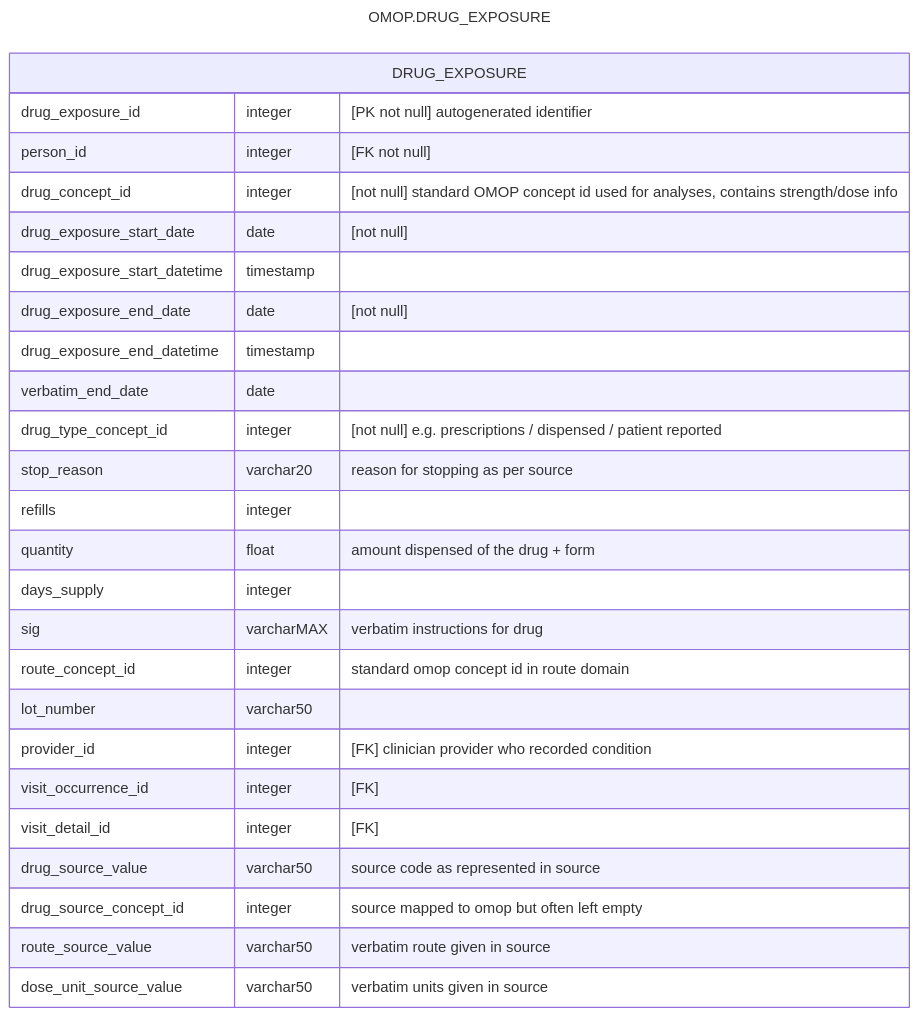
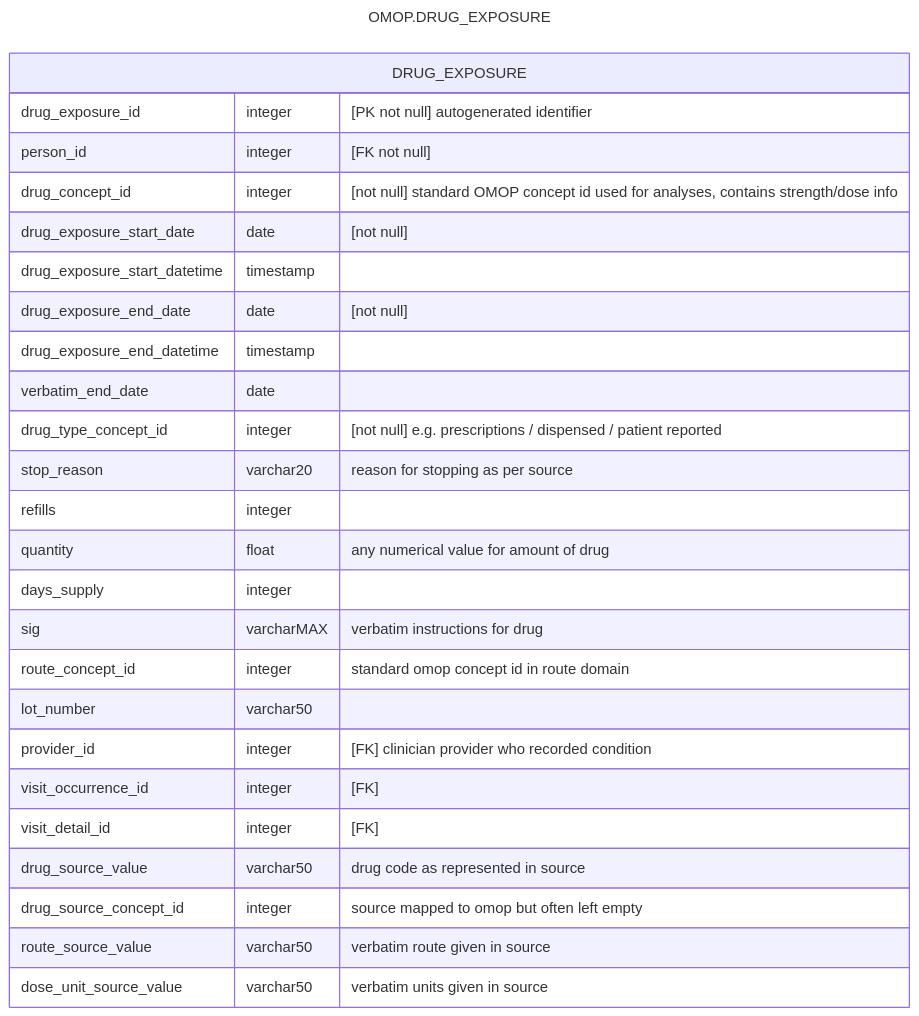
Before and after one commit to d3london/sde_aic_external_docs: the first of 2 diagrams in pages/data_model/cdm_drug_exposure.qmd, drawn with Mermaid. The commit also changed other lines of this file and 9 other files, not shown here.

````diff
--- a/pages/data_model/cdm_drug_exposure.qmd
+++ b/pages/data_model/cdm_drug_exposure.qmd
@@ -6,31 +6,31 @@
 ```{mermaid}
 ---
 title: OMOP.DRUG_EXPOSURE
 ---
 erDiagram
     DRUG_EXPOSURE {
         drug_exposure_id integer "[PK not null] autogenerated identifier"
         person_id integer "[FK not null]"
         drug_concept_id integer "[not null] standard OMOP concept id used for analyses, contains strength/dose info"
         drug_exposure_start_date date "[not null]"
         drug_exposure_start_datetime timestamp
         drug_exposure_end_date date "[not null]"
         drug_exposure_end_datetime timestamp
         verbatim_end_date date
         drug_type_concept_id integer "[not null] e.g. prescriptions / dispensed / patient reported"
         stop_reason varchar20 "reason for stopping as per source"
         refills integer
-        quantity float "amount dispensed of the drug + form"
+        quantity float "any numerical value for amount of drug"
         days_supply integer
         sig varcharMAX "verbatim instructions for drug"
         route_concept_id integer "standard omop concept id in route domain"
         lot_number varchar50
         provider_id integer "[FK] clinician provider who recorded condition"
         visit_occurrence_id integer "[FK]"
         visit_detail_id integer "[FK]"
-        drug_source_value varchar50 "source code as represented in source"
+        drug_source_value varchar50 "drug code as represented in source"
         drug_source_concept_id integer "source mapped to omop but often left empty"
         route_source_value varchar50 "verbatim route given in source"
         dose_unit_source_value varchar50 "verbatim units given in source"
     }
 ```
````
